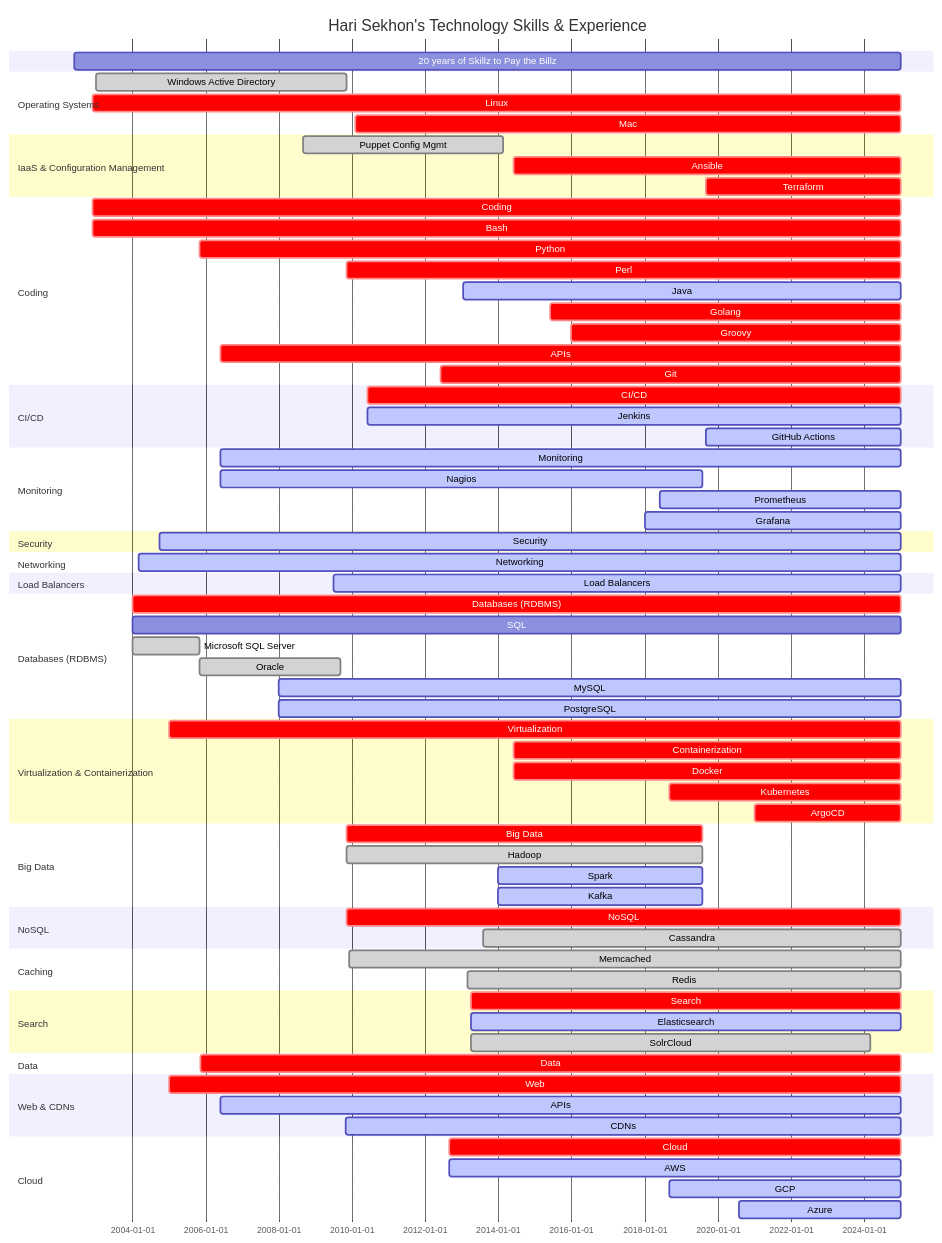
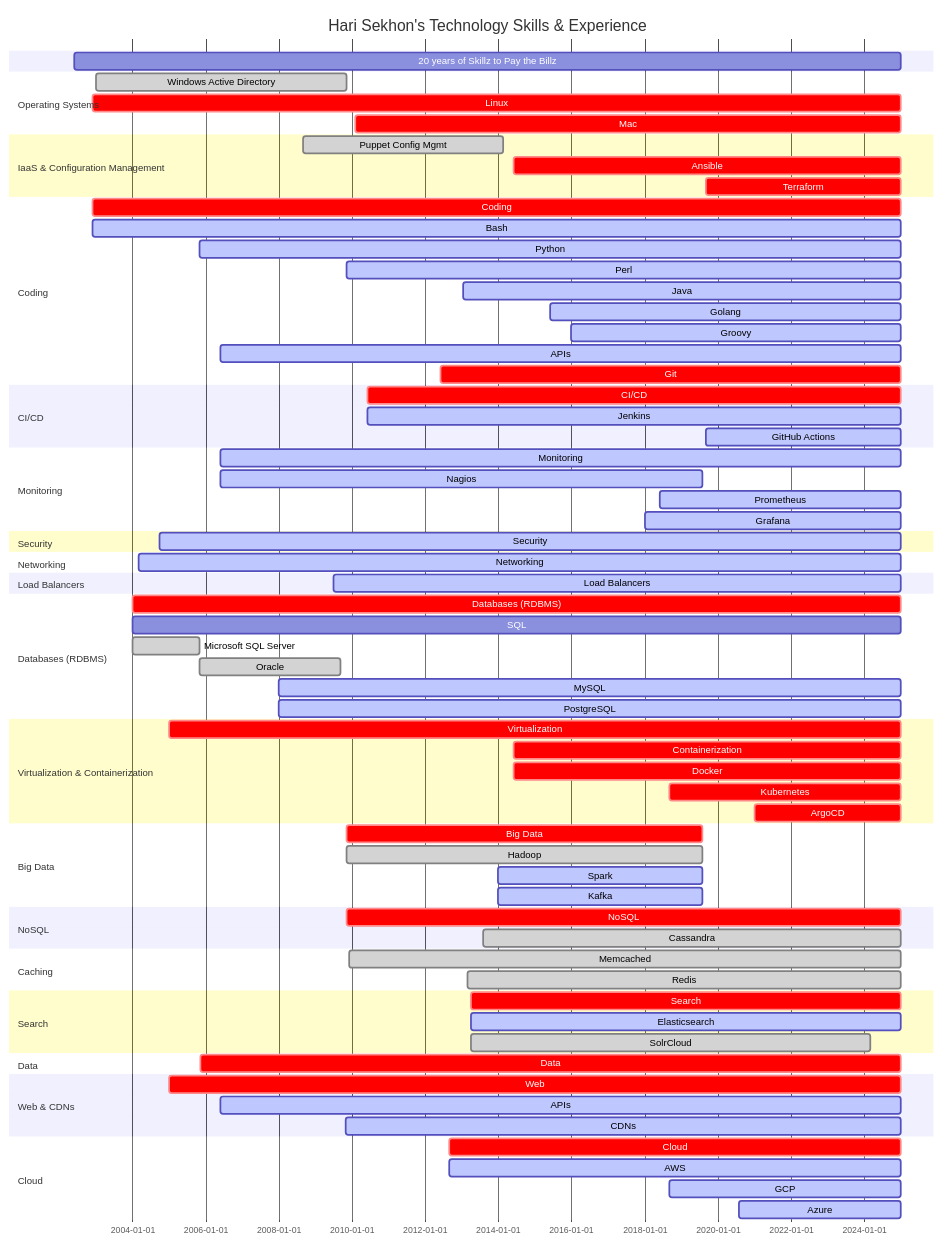
One commit to HariSekhon/HariSekhon changed the diagram in README.md. Above: the diagram before and after it, drawn with Mermaid.

```diff
--- a/README.md
+++ b/README.md
@@ -300,18 +300,18 @@
 
     section Coding
     Coding                 : crit, 2002-12-01, 2024-12-31
-    Bash                   : crit, 2002-12-01, 2024-12-31
-    Python                 : crit, 2005-11-01, 2024-12-31
+    Bash                   : active, 2002-12-01, 2024-12-31
+    Python                 : active, 2005-11-01, 2024-12-31
     %%VBScript               : done, 2005-05-01, 2009-11-01
-    Perl                   : crit, 2009-11-13, 2024-12-31
+    Perl                   : active, 2009-11-13, 2024-12-31
     %%Ruby                   : done, 2009-11-13, 2013-01-31
     Java                   : active, 2013-01-13, 2024-12-31
     %%Jython                 : done, 2013-01-13, 2015-12-31
     %%JRuby                  : done, 2013-03-01, 2013-08-31
     %%Scala                  : done, 2014-01-01, 2015-12-31
-    Golang                 : crit, 2015-06-01, 2024-12-31
-    Groovy                 : crit, 2016-01-01, 2024-12-31
-    APIs                   : crit, 2006-06-01, 2024-12-31
+    Golang                 : active, 2015-06-01, 2024-12-31
+    Groovy                 : active, 2016-01-01, 2024-12-31
+    APIs                   : active, 2006-06-01, 2024-12-31
 
     %%section Build Systems
     %%Make                   : active, 2006-06-01, 2024-12-31
```
